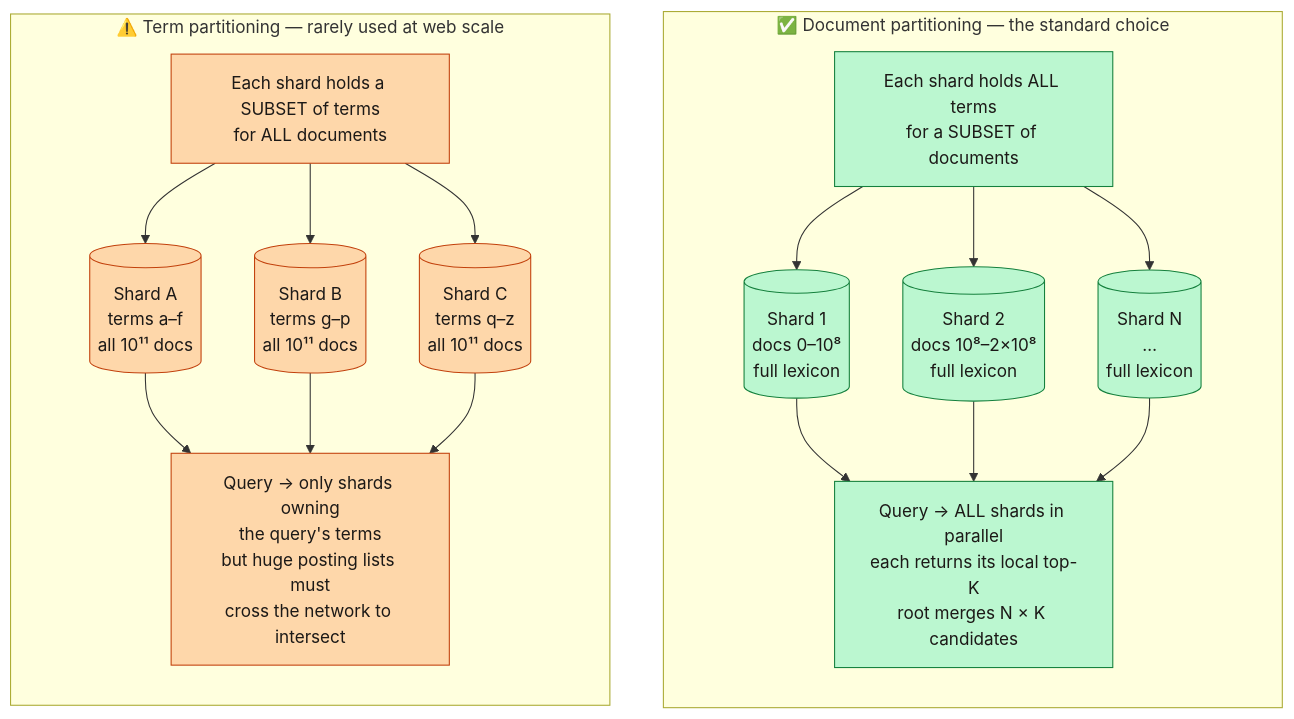
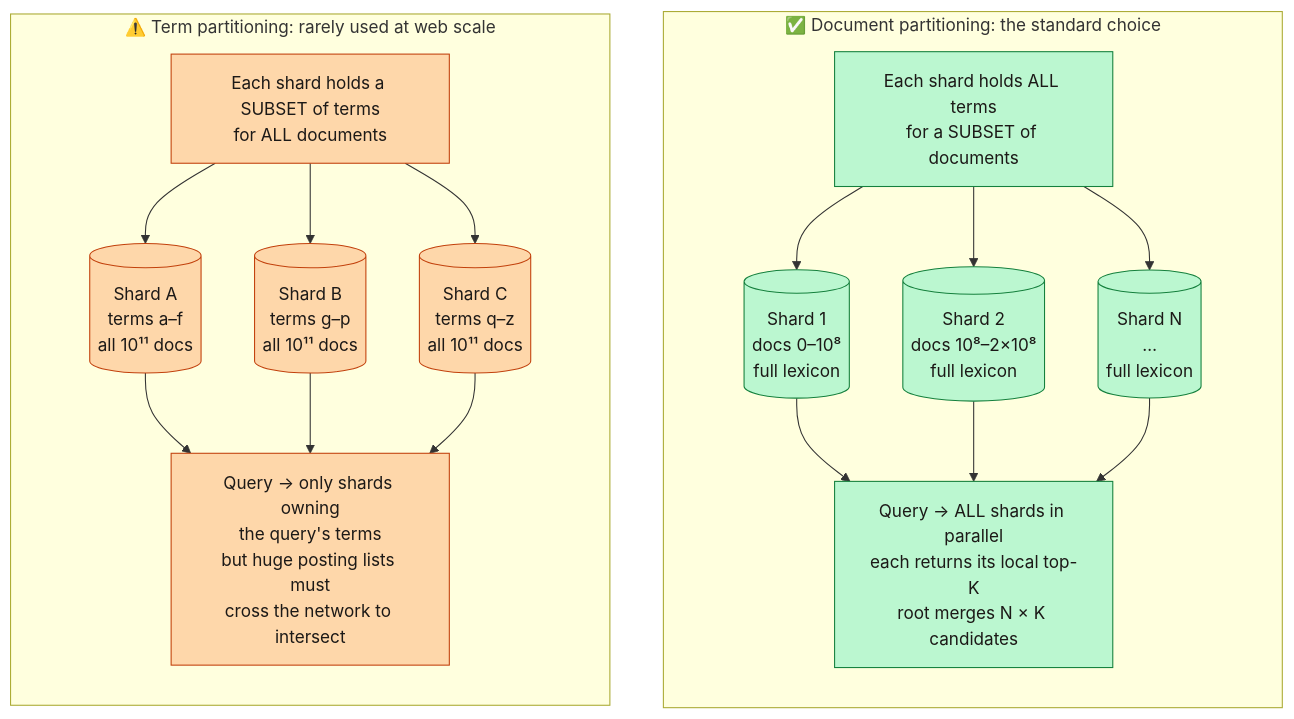
One commit to ahmedselimmansor-ctrl/google-search-system-design changed the third of 7 diagrams in docs/en/06-indexing.md. Above: the diagram before and after it, drawn with Mermaid. The commit also changed other lines of this file and 89 other files, not shown here.

````diff
--- a/docs/en/06-indexing.md
+++ b/docs/en/06-indexing.md
@@ -133,29 +133,29 @@
 ```mermaid
 flowchart TB
-    subgraph DOCP["✅ Document partitioning — the standard choice"]
+    subgraph DOCP["✅ Document partitioning: the standard choice"]
         direction TB
         DP["Each shard holds ALL terms<br/>for a SUBSET of documents"]
         DPS1[("Shard 1<br/>docs 0–10⁸<br/>full lexicon")]
         DPS2[("Shard 2<br/>docs 10⁸–2×10⁸<br/>full lexicon")]
         DPS3[("Shard N<br/>…<br/>full lexicon")]
         DP --> DPS1 & DPS2 & DPS3
         DPQ["Query → ALL shards in parallel<br/>each returns its local top-K<br/>root merges N × K candidates"]
         DPS1 & DPS2 & DPS3 --> DPQ
     end
 
-    subgraph TERMP["⚠️ Term partitioning — rarely used at web scale"]
+    subgraph TERMP["⚠️ Term partitioning: rarely used at web scale"]
         direction TB
         TP["Each shard holds a SUBSET of terms<br/>for ALL documents"]
         TPS1[("Shard A<br/>terms a–f<br/>all 10¹¹ docs")]
         TPS2[("Shard B<br/>terms g–p<br/>all 10¹¹ docs")]
         TPS3[("Shard C<br/>terms q–z<br/>all 10¹¹ docs")]
         TP --> TPS1 & TPS2 & TPS3
         TPQ["Query → only shards owning<br/>the query's terms<br/>but huge posting lists must<br/>cross the network to intersect"]
         TPS1 & TPS2 & TPS3 --> TPQ
     end
 
     classDef good fill:#bbf7d0,stroke:#15803d,color:#1c1917
     classDef bad fill:#fed7aa,stroke:#c2410c,color:#1c1917
     class DP,DPS1,DPS2,DPS3,DPQ good
     class TP,TPS1,TPS2,TPS3,TPQ bad
 ```
````
